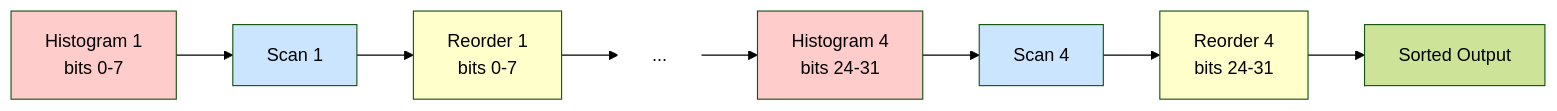
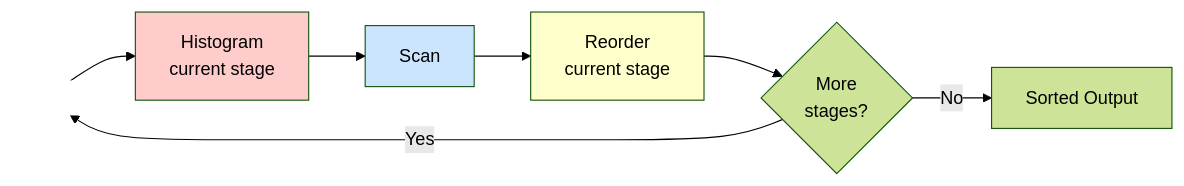
Before and after one commit to uxlfoundation/oneDPL: the first of 3 diagrams in rfcs/experimental/radix_sort_esimd_sycl.md, drawn with Mermaid (forest theme). The commit also changed other lines of this file, not shown here.

Commit message:
looping in mermaid diagram

````diff
--- a/rfcs/experimental/radix_sort_esimd_sycl.md
+++ b/rfcs/experimental/radix_sort_esimd_sycl.md
@@ -44,18 +44,14 @@
 ```mermaid
 graph LR
-    A1[Histogram 1<br/>bits 0-7] --> B1[Scan 1]
-    B1 --> C1[Reorder 1<br/>bits 0-7]
-    C1 --> D[...]
-    D --> A4[Histogram 4<br/>bits 24-31]
-    A4 --> B4[Scan 4]
-    B4 --> C4[Reorder 4<br/>bits 24-31]
-    C4 --> E[Sorted Output]
+    Start[ ] --> A[Histogram<br/>current stage] 
+    A --> B[Scan]
+    B --> C[Reorder<br/>current stage]
+    C --> D{More<br/>stages?}
+    D -->|Yes| Start
+    D -->|No| E[Sorted Output]
 
-    style A1 fill:#ffcccc
-    style A4 fill:#ffcccc
-    style B1 fill:#cce5ff
-    style B4 fill:#cce5ff
-    style C1 fill:#ffffcc
-    style C4 fill:#ffffcc
-    style D fill:#ffffff,stroke:#ffffff
+    style Start fill:#ffffff,stroke:#ffffff
+    style A fill:#ffcccc
+    style B fill:#cce5ff
+    style C fill:#ffffcc
 ```
````
